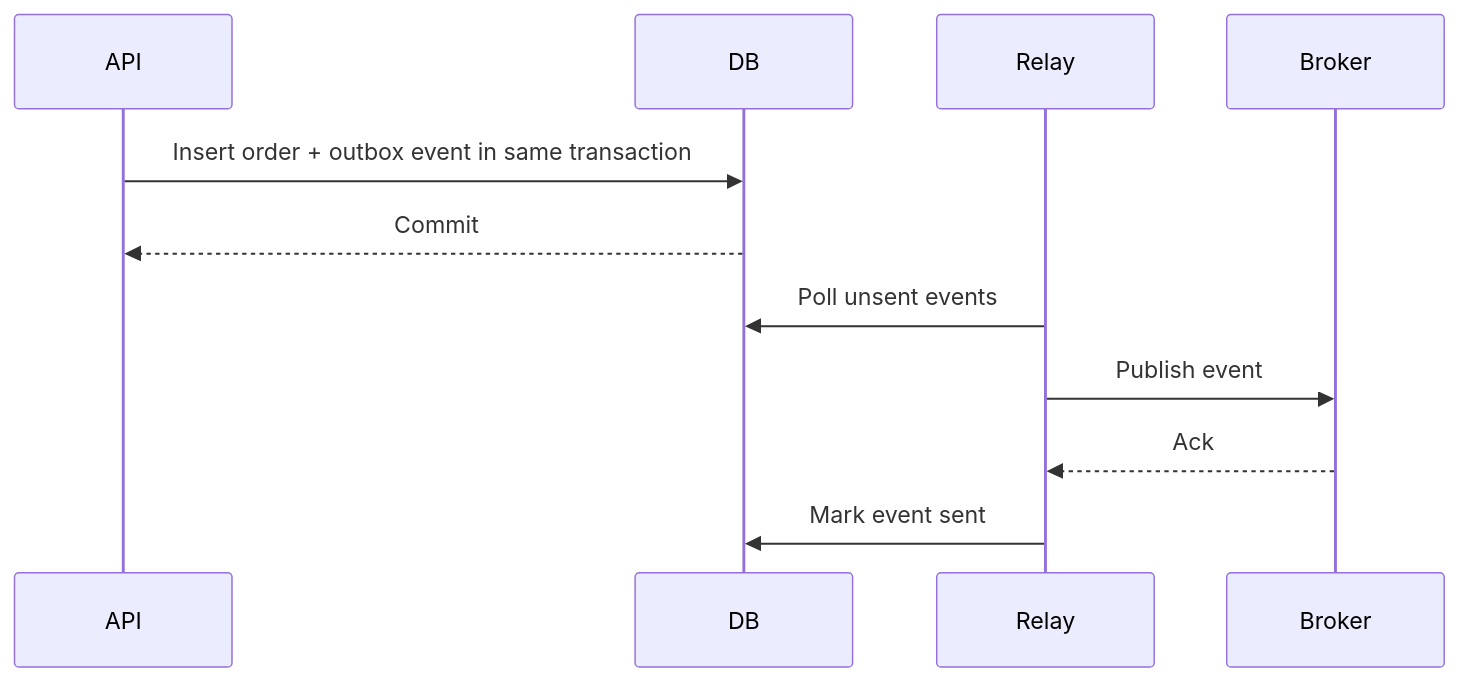
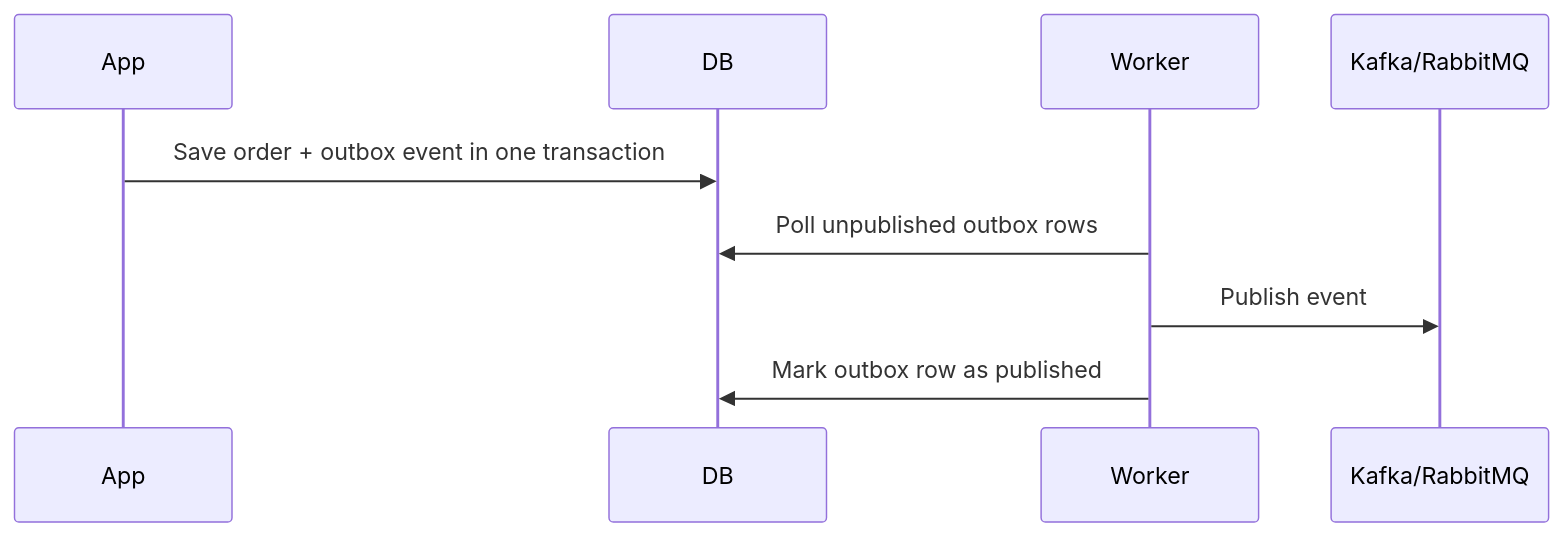
Before and after one commit to mthaiseer/springcloud-systemdesign-notes: diagram 15 of 19 in HLD_NOTES/003_TECHNOLOGY_DEEP_DIVE/rdbms/database_v2.md, drawn with Mermaid. The commit also changed other lines of this file, not shown here.

````diff
--- a/HLD_NOTES/003_TECHNOLOGY_DEEP_DIVE/rdbms/database_v2.md
+++ b/HLD_NOTES/003_TECHNOLOGY_DEEP_DIVE/rdbms/database_v2.md
@@ -1085,14 +830,12 @@
 ```mermaid
 sequenceDiagram
-    participant API
+    participant App
     participant DB
-    participant Relay
-    participant Broker
+    participant Worker
+    participant Broker as Kafka/RabbitMQ
 
-    API->>DB: Insert order + outbox event in same transaction
-    DB-->>API: Commit
-    Relay->>DB: Poll unsent events
-    Relay->>Broker: Publish event
-    Broker-->>Relay: Ack
-    Relay->>DB: Mark event sent
+    App->>DB: Save order + outbox event in one transaction
+    Worker->>DB: Poll unpublished outbox rows
+    Worker->>Broker: Publish event
+    Worker->>DB: Mark outbox row as published
 ```
````
